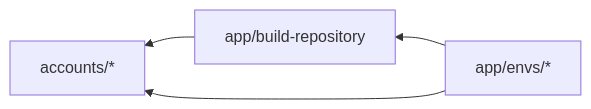
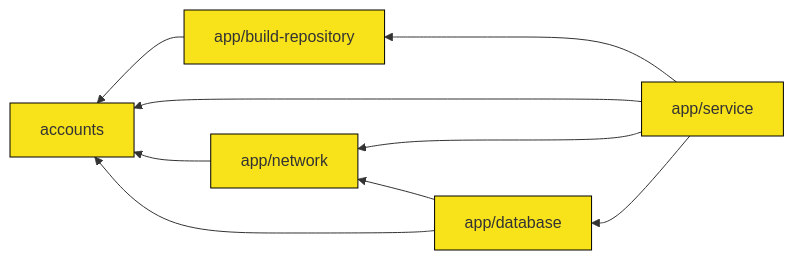
Before and after one commit to navapbc/template-infra: the second of 2 diagrams in docs/infra/module-architecture.md, drawn with Mermaid. The commit also changed other lines of this file, not shown here.

Commit message:
Update module architecture

````diff
--- a/docs/infra/module-architecture.md
+++ b/docs/infra/module-architecture.md
@@ -88,6 +70,11 @@
 ```mermaid
 flowchart RL
 
-app/envs/* --> app/build-repository --> accounts/*
-app/envs/* --> accounts/*
+classDef default fill:#F8E21A,stroke:#000,font-family:Arial
+
+app/service --> app/build-repository --> accounts
+app/service --> accounts
+app/service --> app/network
+app/service --> app/database --> app/network --> accounts
+app/database --> accounts
 ```
````
